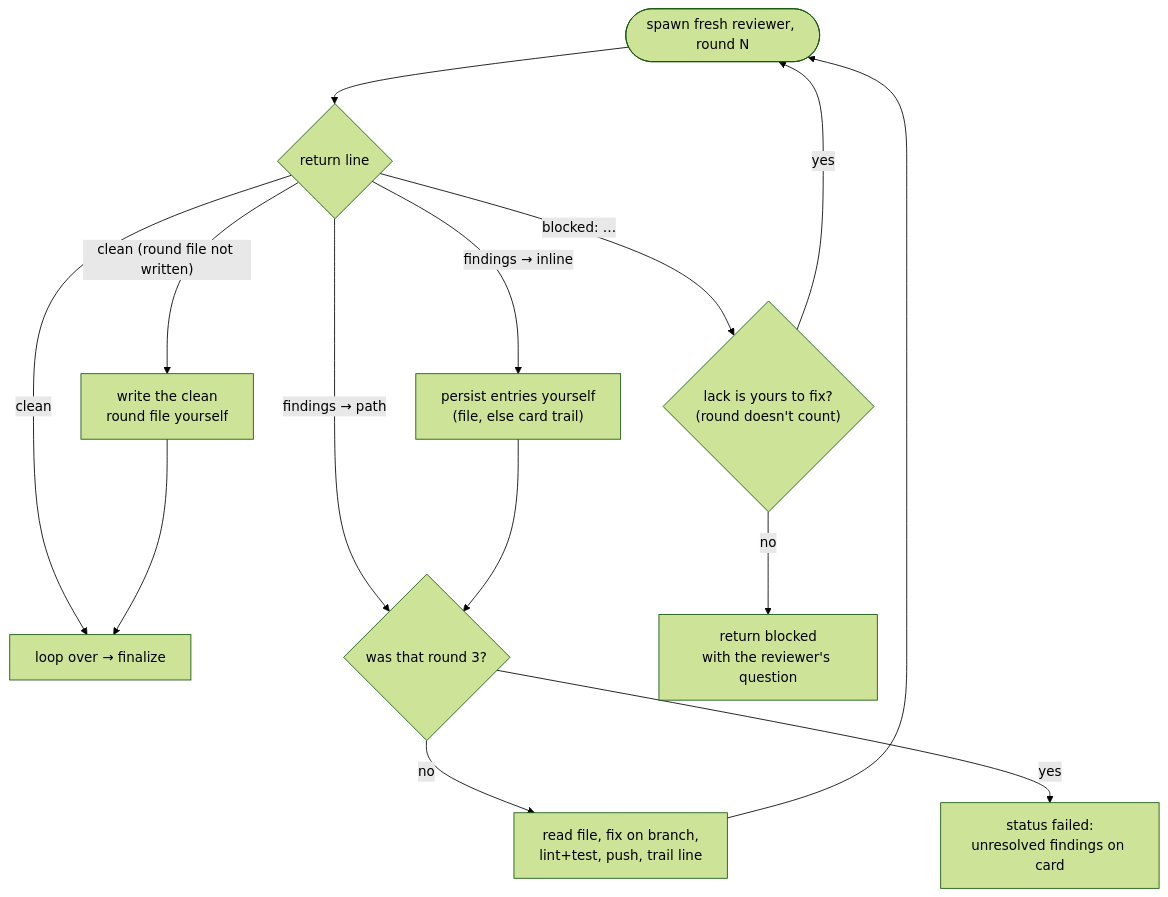
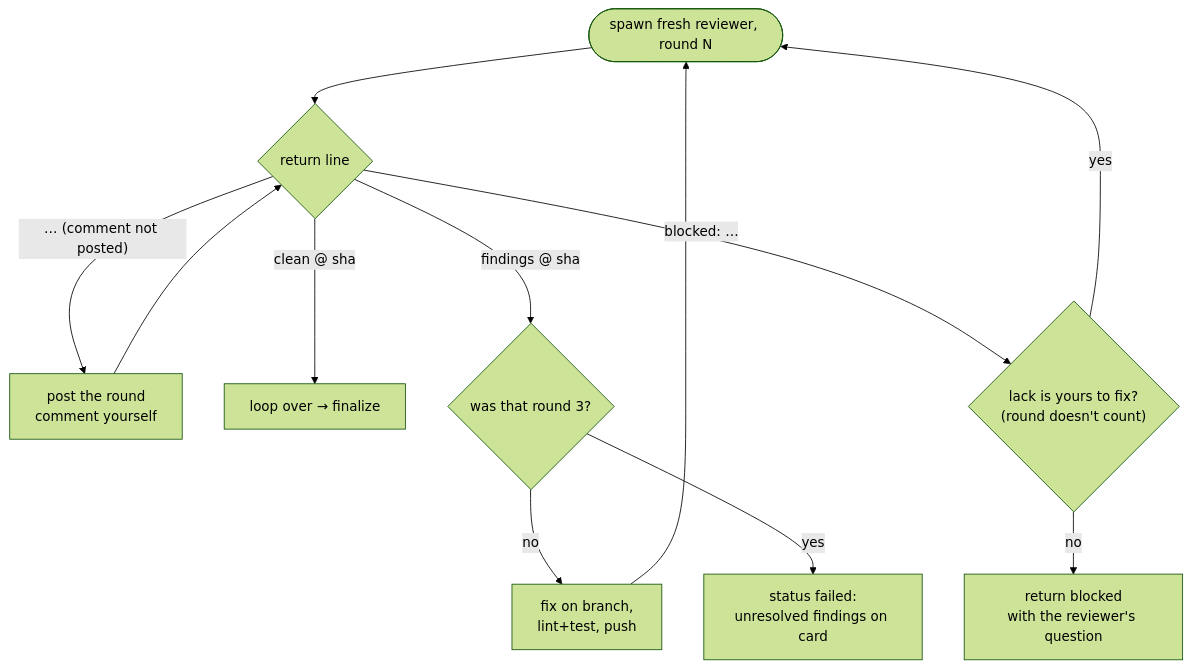
The diagram in ticket-implementer.md (kyimoemin/agents), drawn with Mermaid (forest theme) before and after one commit. The commit also changed other lines of this file and 1 other file, not shown here.

First line of the commit message:
implementer, reviewer: review rounds go to PR comments, not .sprint round files

````diff
--- a/ticket-implementer.md
+++ b/ticket-implementer.md
@@ -251,22 +239,19 @@
 ```mermaid
 flowchart TB
     spawn([spawn fresh reviewer, round N]) --> ret{return line}
-    ret -- "clean" --> finalize["loop over → finalize"]
-    ret -- "clean (round file not written)" --> selfwrite["write the clean
-round file yourself"]
-    selfwrite --> finalize
-    ret -- "findings → path" --> was3{was that round 3?}
-    ret -- "findings → inline" --> persist["persist entries yourself
-(file, else card trail)"]
-    persist --> was3
-    was3 -- "no" --> fix["read file, fix on branch,
-lint+test, push, trail line"]
+    ret -- "… (comment not posted)" --> post["post the round
+comment yourself"]
+    post --> ret
+    ret -- "clean @ sha" --> finalize["loop over → finalize"]
+    ret -- "findings @ sha" --> was3{was that round 3?}
+    was3 -- "no" --> fix["fix on branch,
+lint+test, push"]
     fix --> spawn
     was3 -- "yes" --> failed["status failed:
 unresolved findings on card"]
     ret -- "blocked: …" --> yours{"lack is yours to fix?
 (round doesn't count)"}
     yours -- "yes" --> spawn
     yours -- "no" --> blocked["return blocked
 with the reviewer's question"]
 ```
````
